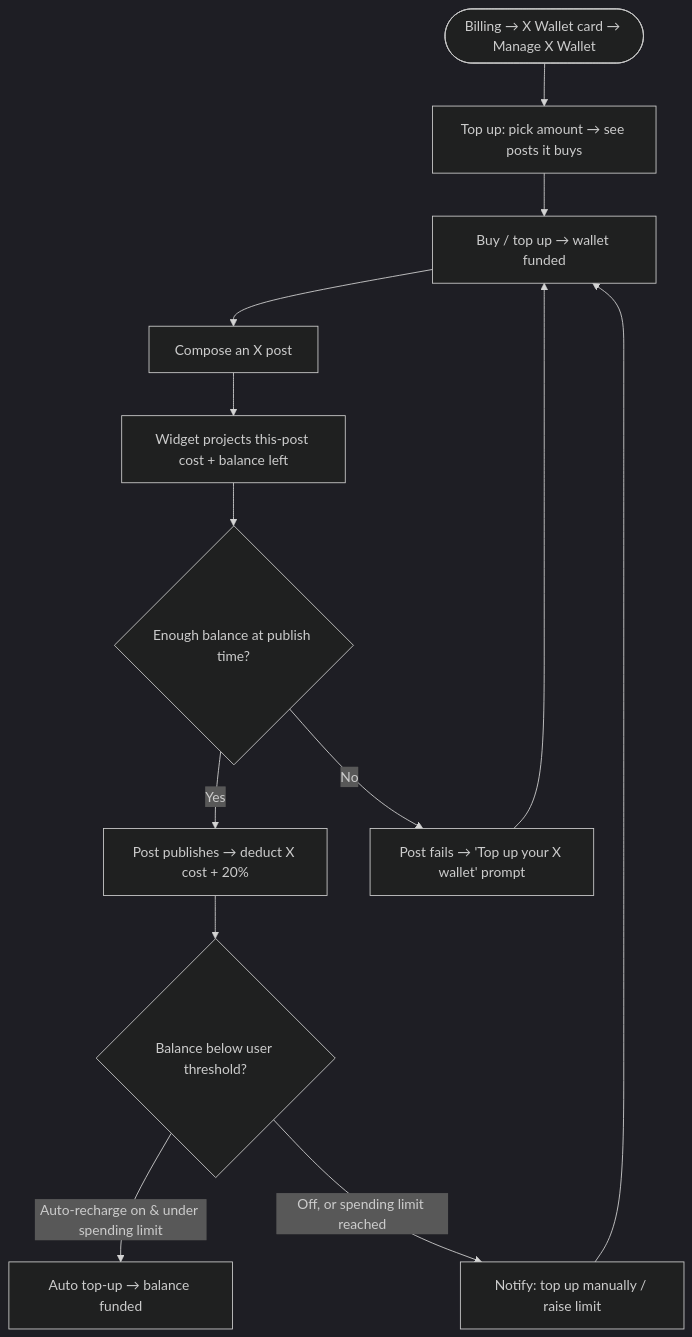
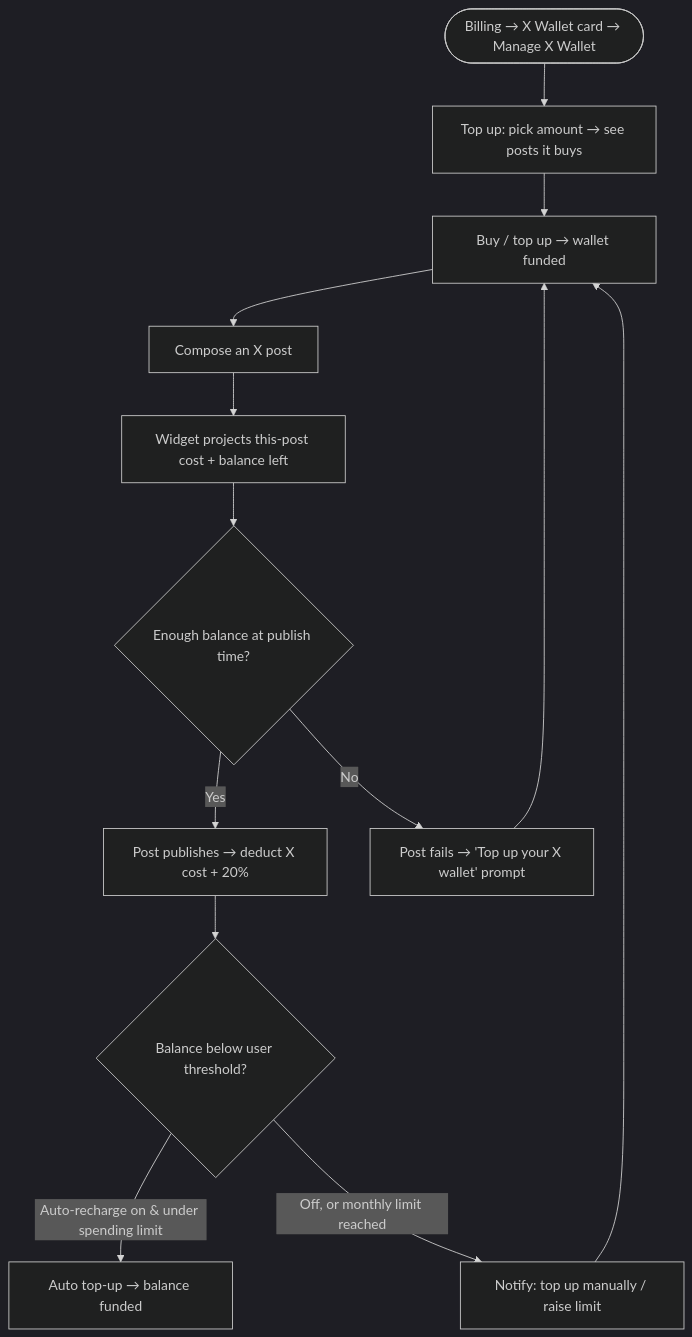
One commit to Ghulam-Jaffar/contentstudio-agentic-product-pipeline changed the diagram in docs/features/x-pay-per-use-credits/02-workflow.md. Above: the diagram before and after it, drawn with Mermaid (dark theme). The commit also changed other lines of this file and 8 other files, not shown here.

````diff
--- a/docs/features/x-pay-per-use-credits/02-workflow.md
+++ b/docs/features/x-pay-per-use-credits/02-workflow.md
@@ -18,15 +18,15 @@
 ```mermaid
 flowchart TD
     Manage([Billing → X Wallet card → Manage X Wallet]) --> Calc[Top up: pick amount → see posts it buys]
     Calc --> Buy[Buy / top up → wallet funded]
     Buy --> Compose[Compose an X post]
     Compose --> Preview[Widget projects this-post cost + balance left]
     Preview --> Enough{Enough balance at publish time?}
     Enough -->|Yes| Deduct[Post publishes → deduct X cost + 20%]
     Enough -->|No| Block[Post fails → 'Top up your X wallet' prompt]
     Deduct --> Low{Balance below user threshold?}
     Low -->|Auto-recharge on & under spending limit| Recharge[Auto top-up → balance funded]
-    Low -->|Off, or spending limit reached| Notify[Notify: top up manually / raise limit]
+    Low -->|Off, or monthly limit reached| Notify[Notify: top up manually / raise limit]
     Block --> Buy
     Notify --> Buy
 ```
````
